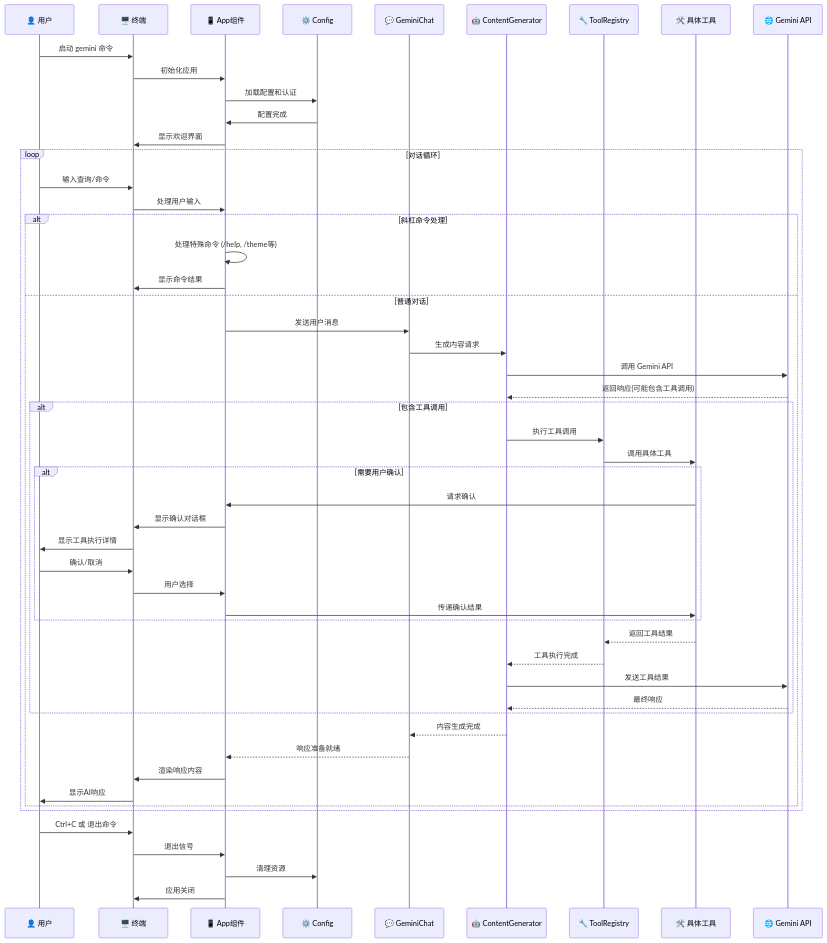
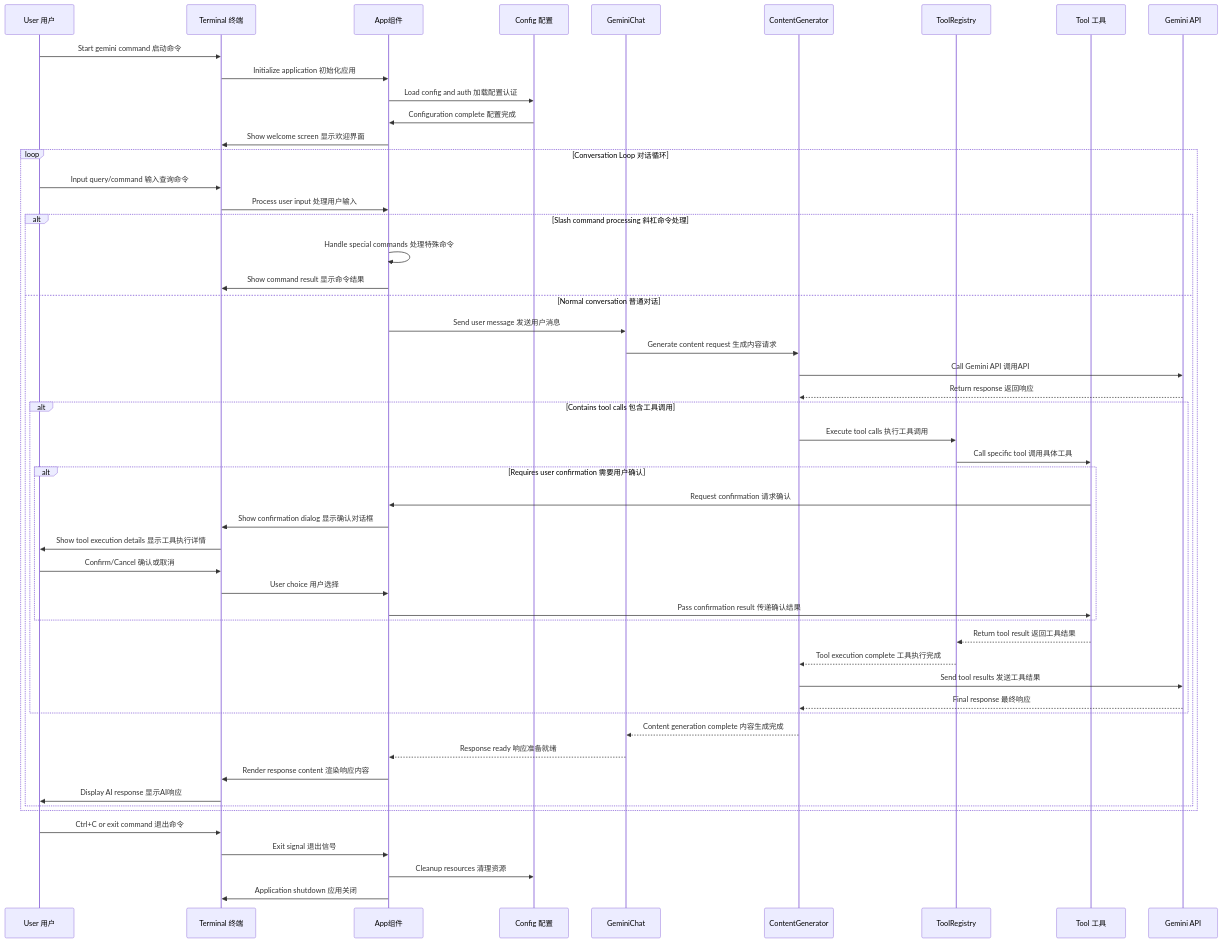
The first of 6 diagrams in docs/articles/gemini-cli-user-interaction-sequence.md (zhuangbiaowei/vitepress-ospo-writing-project), drawn with Mermaid before and after one commit. The commit also changed other lines of this file and 128 other files, not shown here.

````diff
--- a/docs/articles/gemini-cli-user-interaction-sequence.md
+++ b/docs/articles/gemini-cli-user-interaction-sequence.md
@@ -5,62 +5,62 @@
 ```mermaid
 sequenceDiagram
-    participant User as 👤 用户
-    participant Terminal as 🖥️ 终端
-    participant App as 📱 App组件
-    participant Config as ⚙️ Config
-    participant Chat as 💬 GeminiChat
-    participant ContentGen as 🤖 ContentGenerator
-    participant ToolReg as 🔧 ToolRegistry
-    participant Tool as 🛠️ 具体工具
-    participant GeminiAPI as 🌐 Gemini API
+    participant User as User 用户
+    participant Terminal as Terminal 终端
+    participant App as App组件
+    participant Config as Config 配置
+    participant Chat as GeminiChat
+    participant ContentGen as ContentGenerator
+    participant ToolReg as ToolRegistry
+    participant Tool as Tool 工具
+    participant GeminiAPI as Gemini API
 
-    User->>Terminal: 启动 gemini 命令
-    Terminal->>App: 初始化应用
-    App->>Config: 加载配置和认证
-    Config->>App: 配置完成
-    App->>Terminal: 显示欢迎界面
+    User->>Terminal: Start gemini command 启动命令
+    Terminal->>App: Initialize application 初始化应用
+    App->>Config: Load config and auth 加载配置认证
+    Config->>App: Configuration complete 配置完成
+    App->>Terminal: Show welcome screen 显示欢迎界面
 
-    loop 对话循环
-        User->>Terminal: 输入查询/命令
-        Terminal->>App: 处理用户输入
+    loop Conversation Loop 对话循环
+        User->>Terminal: Input query/command 输入查询命令
+        Terminal->>App: Process user input 处理用户输入
         
-        alt 斜杠命令处理
-            App->>App: 处理特殊命令 (/help, /theme等)
-            App->>Terminal: 显示命令结果
-        else 普通对话
-            App->>Chat: 发送用户消息
-            Chat->>ContentGen: 生成内容请求
-            ContentGen->>GeminiAPI: 调用 Gemini API
-            GeminiAPI-->>ContentGen: 返回响应(可能包含工具调用)
+        alt Slash command processing 斜杠命令处理
+            App->>App: Handle special commands 处理特殊命令
+            App->>Terminal: Show command result 显示命令结果
+        else Normal conversation 普通对话
+            App->>Chat: Send user message 发送用户消息
+            Chat->>ContentGen: Generate content request 生成内容请求
+            ContentGen->>GeminiAPI: Call Gemini API 调用API
+            GeminiAPI-->>ContentGen: Return response 返回响应
             
-            alt 包含工具调用
-                ContentGen->>ToolReg: 执行工具调用
-                ToolReg->>Tool: 调用具体工具
+            alt Contains tool calls 包含工具调用
+                ContentGen->>ToolReg: Execute tool calls 执行工具调用
+                ToolReg->>Tool: Call specific tool 调用具体工具
                 
-                alt 需要用户确认
-                    Tool->>App: 请求确认
-                    App->>Terminal: 显示确认对话框
-                    Terminal->>User: 显示工具执行详情
-                    User->>Terminal: 确认/取消
-                    Terminal->>App: 用户选择
-                    App->>Tool: 传递确认结果
+                alt Requires user confirmation 需要用户确认
+                    Tool->>App: Request confirmation 请求确认
+                    App->>Terminal: Show confirmation dialog 显示确认对话框
+                    Terminal->>User: Show tool execution details 显示工具执行详情
+                    User->>Terminal: Confirm/Cancel 确认或取消
+                    Terminal->>App: User choice 用户选择
+                    App->>Tool: Pass confirmation result 传递确认结果
                 end
                 
-                Tool-->>ToolReg: 返回工具结果
-                ToolReg-->>ContentGen: 工具执行完成
-                ContentGen->>GeminiAPI: 发送工具结果
-                GeminiAPI-->>ContentGen: 最终响应
+                Tool-->>ToolReg: Return tool result 返回工具结果
+                ToolReg-->>ContentGen: Tool execution complete 工具执行完成
+                ContentGen->>GeminiAPI: Send tool results 发送工具结果
+                GeminiAPI-->>ContentGen: Final response 最终响应
             end
             
-            ContentGen-->>Chat: 内容生成完成
-            Chat-->>App: 响应准备就绪
-            App->>Terminal: 渲染响应内容
-            Terminal->>User: 显示AI响应
+            ContentGen-->>Chat: Content generation complete 内容生成完成
+            Chat-->>App: Response ready 响应准备就绪
+            App->>Terminal: Render response content 渲染响应内容
+            Terminal->>User: Display AI response 显示AI响应
         end
     end
 
-    User->>Terminal: Ctrl+C 或 退出命令
-    Terminal->>App: 退出信号
-    App->>Config: 清理资源
-    App->>Terminal: 应用关闭
+    User->>Terminal: Ctrl+C or exit command 退出命令
+    Terminal->>App: Exit signal 退出信号
+    App->>Config: Cleanup resources 清理资源
+    App->>Terminal: Application shutdown 应用关闭
 ```
````
